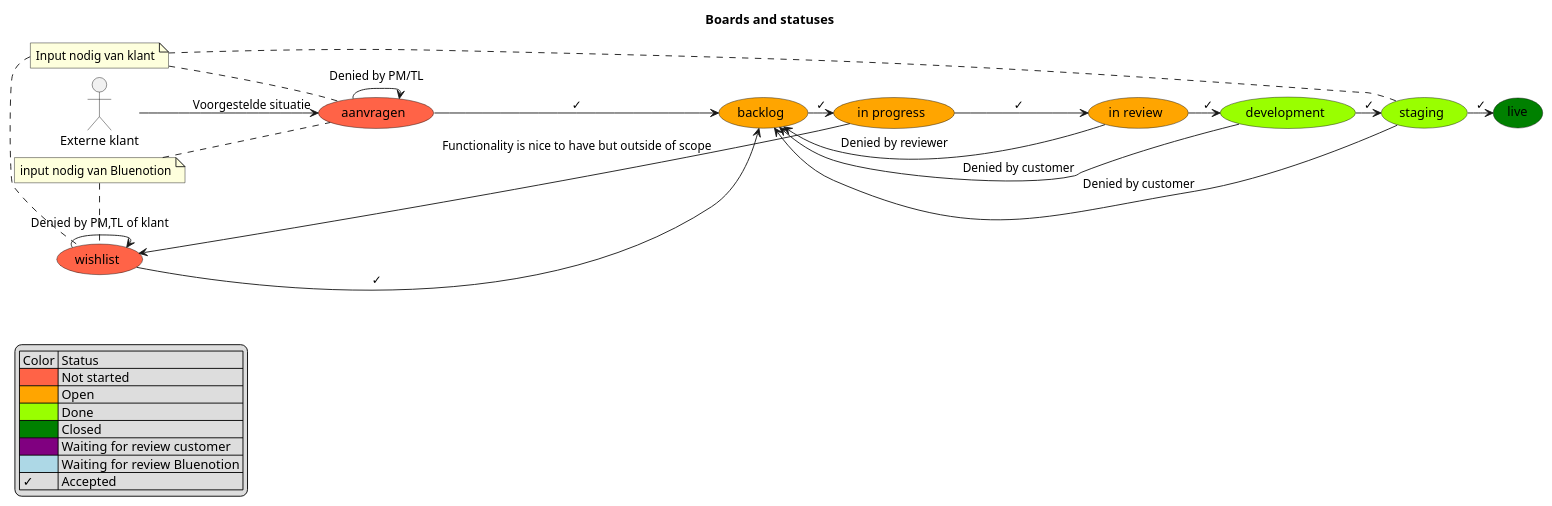
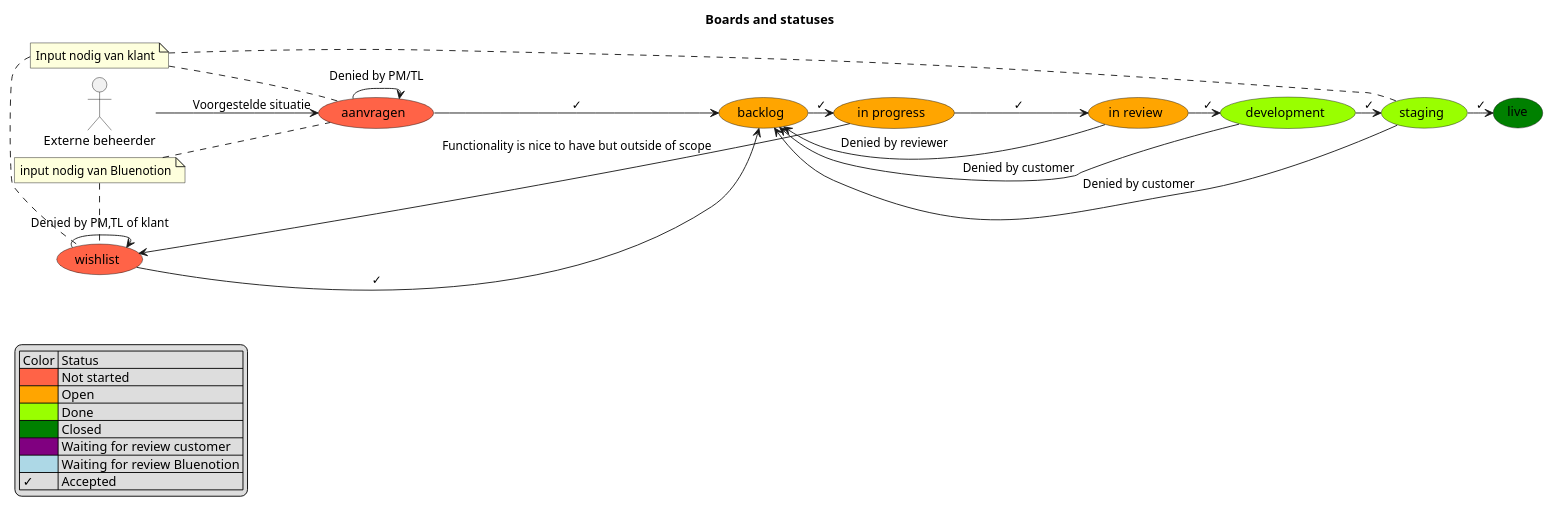
The fourth of 7 diagrams in Documentatie/Functioneel/FunctioneelOntwerp.md (DCReceveur/pre-afstudeer-docs), drawn with PlantUML before and after one commit. The commit also changed other lines of this file and 18 other files, not shown here.

````diff
--- a/Documentatie/Functioneel/FunctioneelOntwerp.md
+++ b/Documentatie/Functioneel/FunctioneelOntwerp.md
@@ -222,60 +222,60 @@
 ```puml
 title Boards and statuses
 skinparam nodesep 10
 skinparam ranksep 10
 left to right direction
 skinparam groupInheritance 3
 
 ' skinparam linetype polyline
 ' skinparam linetype ortho
 (backlog) #orange
 (in progress) as in_progress  #orange
 (in review) as in_review #orange 
 (development) #99FF00
 (staging) #99FF00
 (live) #green
 (wishlist) #Tomato
 (aanvragen) #Tomato
 ' (awaiting customer) as awaiting_customer #red
-actor "Externe klant" as EK
+actor "Externe beheerder" as EK
 
 note "Input nodig van klant" as customernotifynote 
 ' #Purple
 note "input nodig van Bluenotion" as bluenote 
 ' #Lightblue
 
 customernotifynote .[norank]. wishlist
 customernotifynote .[norank]. staging
 customernotifynote .[norank]. aanvragen
 bluenote .[norank]. aanvragen
 bluenote .[norank]. wishlist
 
 aanvragen -DOWN-> backlog : ✓
 wishlist -[norank]-> backlog : ✓
 backlog -DOWN-> in_progress : ✓
 in_progress -DOWN-> in_review : ✓
 in_review -DOWN-> development : ✓
 development -DOWN-> staging : ✓
 staging -DOWN-> live : ✓
 in_review -[norank]-> backlog : Denied by reviewer
 wishlist -[norank]-> wishlist : Denied by PM,TL of klant
 aanvragen -[norank]-> aanvragen : Denied by PM/TL
 development -[norank]-> backlog : Denied by customer
 staging -[norank]-> backlog : Denied by customer
 in_progress -[norank]-> wishlist : Functionality is nice to have but outside of scope
 EK --> aanvragen : Voorgestelde situatie
 ' EK ..[norank]..> backlog : Oude situatie
 
 
 legend left
     | Color | Status |
     | <#Tomato> | Not started |
     |<#Orange>| Open |
     |<#99FF00>| Done |
     |<#Green>| Closed |
     |<#Purple> | Waiting for review customer |
     |<#LightBlue>  | Waiting for review Bluenotion |
     | ✓ | Accepted |
 endlegend
 
 ```
````
